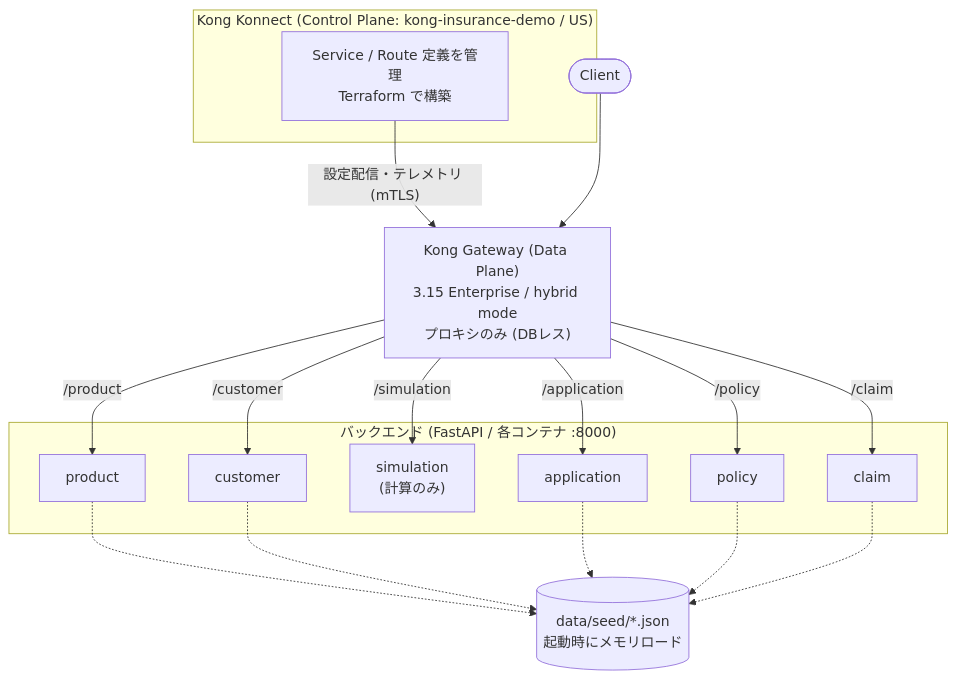
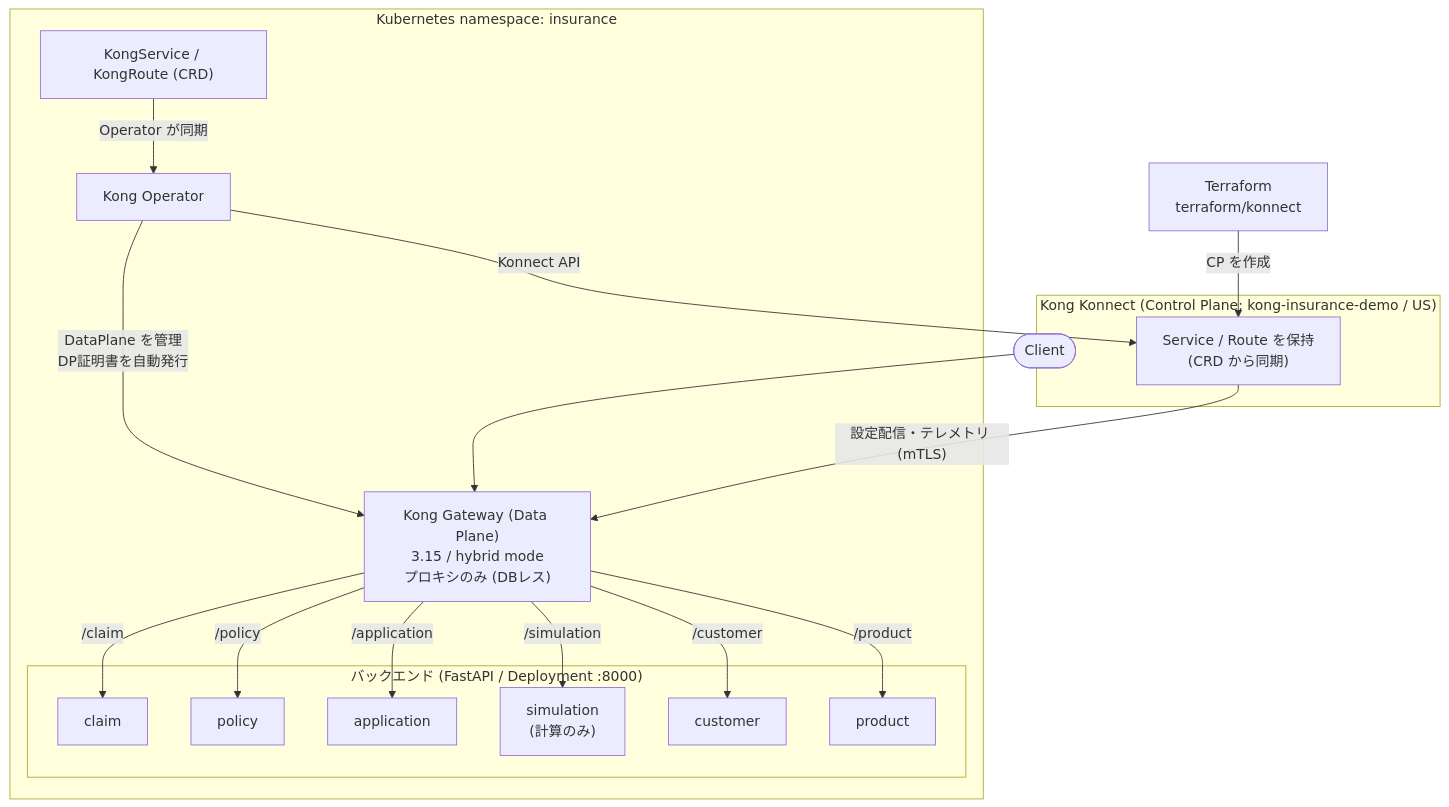
The diagram in docs/ARCHITECTURE.md (picketfence-labs/kong-api-bundle-insurance), drawn with Mermaid before and after one commit. The commit also changed other lines of this file and 34 other files, not shown here.

First line of the commit message:
デプロイをKubernetes(Kong Operator/Minikube)に全面移行、Docker Compose・ECSを廃止

````diff
--- a/docs/ARCHITECTURE.md
+++ b/docs/ARCHITECTURE.md
@@ -5,36 +5,36 @@
 ```mermaid
 flowchart TB
   client(["Client"])
+  tf["Terraform<br/>terraform/konnect"]
 
   subgraph konnect["Kong Konnect (Control Plane: kong-insurance-demo / US)"]
-    cp["Service / Route 定義を管理<br/>Terraform で構築"]
+    cp["Service / Route を保持<br/>(CRD から同期)"]
   end
 
-  dp["Kong Gateway (Data Plane)<br/>3.15 Enterprise / hybrid mode<br/>プロキシのみ (DBレス)"]
-
-  subgraph backend["バックエンド (FastAPI / 各コンテナ :8000)"]
-    product["product"]
-    customer["customer"]
-    simulation["simulation<br/>(計算のみ)"]
-    application["application"]
-    policy["policy"]
-    claim["claim"]
+  subgraph k8s["Kubernetes namespace: insurance"]
+    operator["Kong Operator"]
+    crd["KongService / KongRoute (CRD)"]
+    dp["Kong Gateway (Data Plane)<br/>3.15 / hybrid mode<br/>プロキシのみ (DBレス)"]
+    subgraph backend["バックエンド (FastAPI / Deployment :8000)"]
+      product["product"]
+      customer["customer"]
+      simulation["simulation<br/>(計算のみ)"]
+      application["application"]
+      policy["policy"]
+      claim["claim"]
+    end
   end
 
-  seed[("data/seed/*.json<br/>起動時にメモリロード")]
-
+  tf -- "CP を作成" --> cp
+  crd -- "Operator が同期" --> operator
+  operator -- "Konnect API" --> cp
+  operator -- "DataPlane を管理<br/>DP証明書を自動発行" --> dp
   cp -- "設定配信・テレメトリ (mTLS)" --> dp
   client --> dp
   dp -- "/product" --> product
   dp -- "/customer" --> customer
   dp -- "/simulation" --> simulation
   dp -- "/application" --> application
   dp -- "/policy" --> policy
   dp -- "/claim" --> claim
-
-  product -.-> seed
-  customer -.-> seed
-  application -.-> seed
-  policy -.-> seed
-  claim -.-> seed
 ```
````
